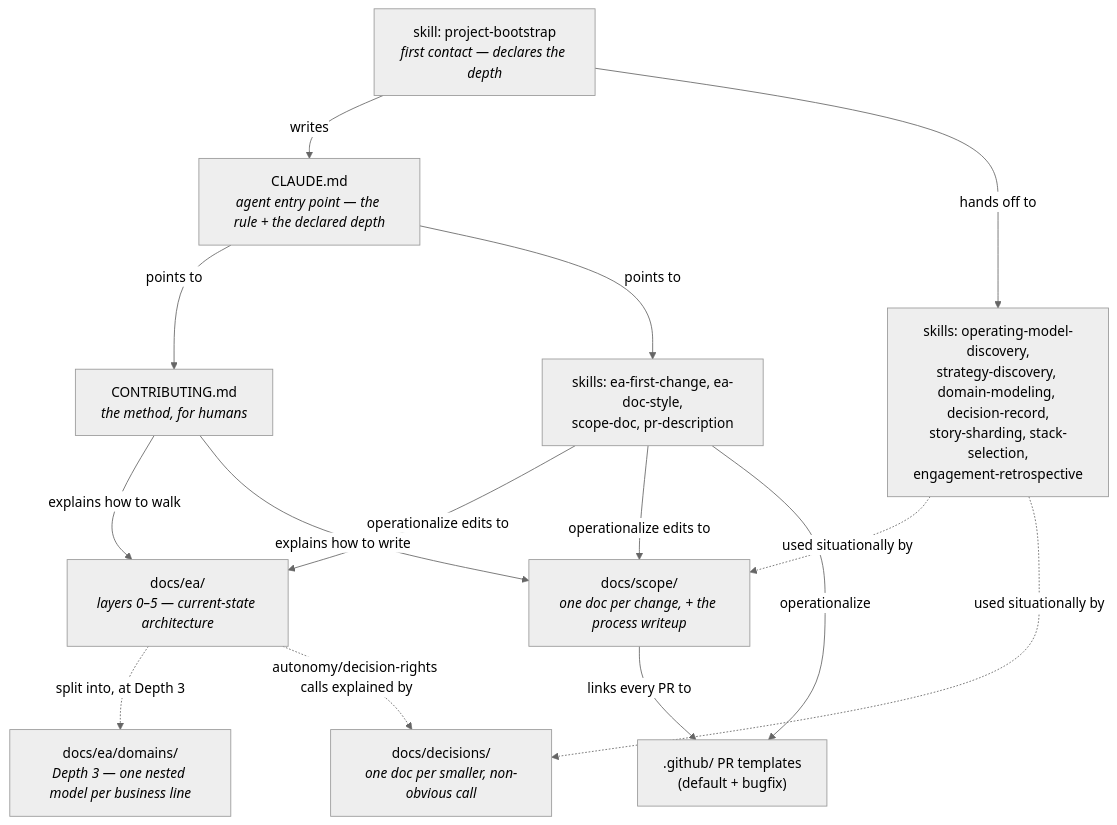
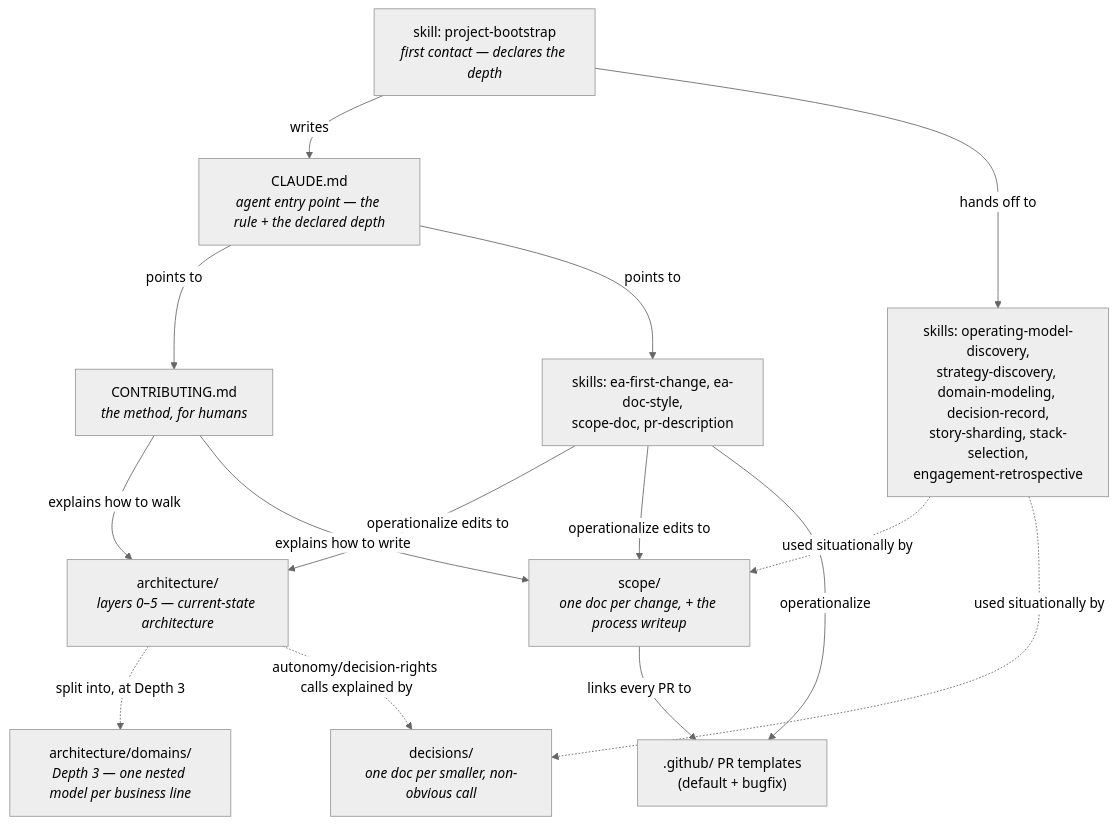
Before and after one commit to roanboc/architecture-archreator: the third of 3 diagrams in README.md, drawn with Mermaid (neutral theme). The commit also changed other lines of this file and 211 other files, not shown here.

````diff
--- a/README.md
+++ b/README.md
@@ -368,28 +368,28 @@
 ```mermaid
 flowchart TB
   bootstrap["skill: project-bootstrap<br><i>first contact — declares the depth</i>"]
   claude["CLAUDE.md<br><i>agent entry point — the rule + the declared depth</i>"]
   contrib["CONTRIBUTING.md<br><i>the method, for humans</i>"]
-  ea["docs/ea/<br><i>layers 0–5 — current-state architecture</i>"]
-  domains["docs/ea/domains/<br><i>Depth 3 — one nested model per business line</i>"]
-  scope["docs/scope/<br><i>one doc per change, + the process writeup</i>"]
-  decisions["docs/decisions/<br><i>one doc per smaller, non-obvious call</i>"]
+  ea["architecture/<br><i>layers 0–5 — current-state architecture</i>"]
+  domains["architecture/domains/<br><i>Depth 3 — one nested model per business line</i>"]
+  scope["scope/<br><i>one doc per change, + the process writeup</i>"]
+  decisions["decisions/<br><i>one doc per smaller, non-obvious call</i>"]
   skillscore["skills: ea-first-change, ea-doc-style,<br>scope-doc, pr-description"]
   skillssupport["skills: operating-model-discovery,<br>strategy-discovery, domain-modeling, decision-record,<br>story-sharding, stack-selection,<br>engagement-retrospective"]
   pr[".github/ PR templates<br>(default + bugfix)"]
 
   bootstrap -->|writes| claude
   bootstrap -->|hands off to| skillssupport
   claude -->|points to| contrib
   claude -->|points to| skillscore
   contrib -->|explains how to walk| ea
   contrib -->|explains how to write| scope
   ea -.->|split into, at Depth 3| domains
   skillscore -->|operationalize edits to| ea
   skillscore -->|operationalize edits to| scope
   skillscore -->|operationalize| pr
   skillssupport -.->|used situationally by| scope
   skillssupport -.->|used situationally by| decisions
   ea -.->|autonomy/decision-rights calls explained by| decisions
   scope -->|links every PR to| pr
 ```
````
